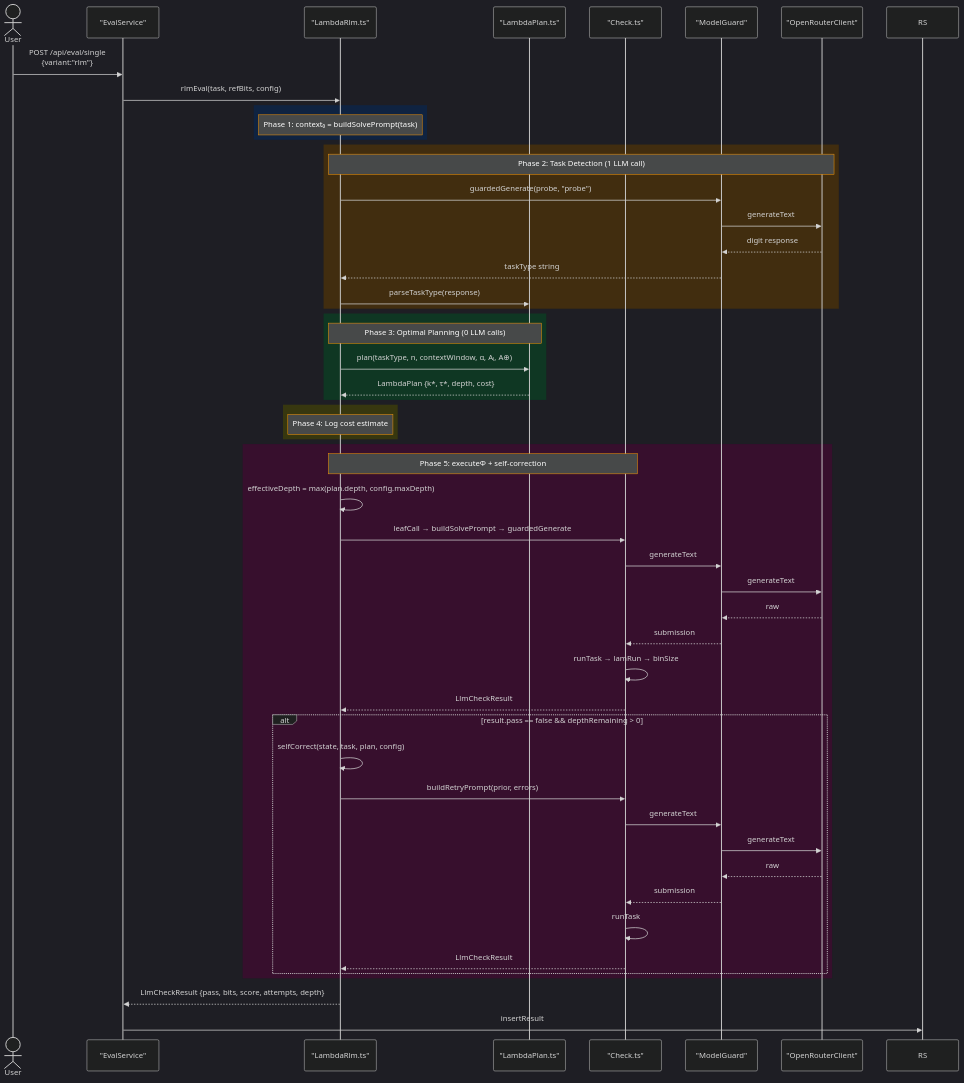
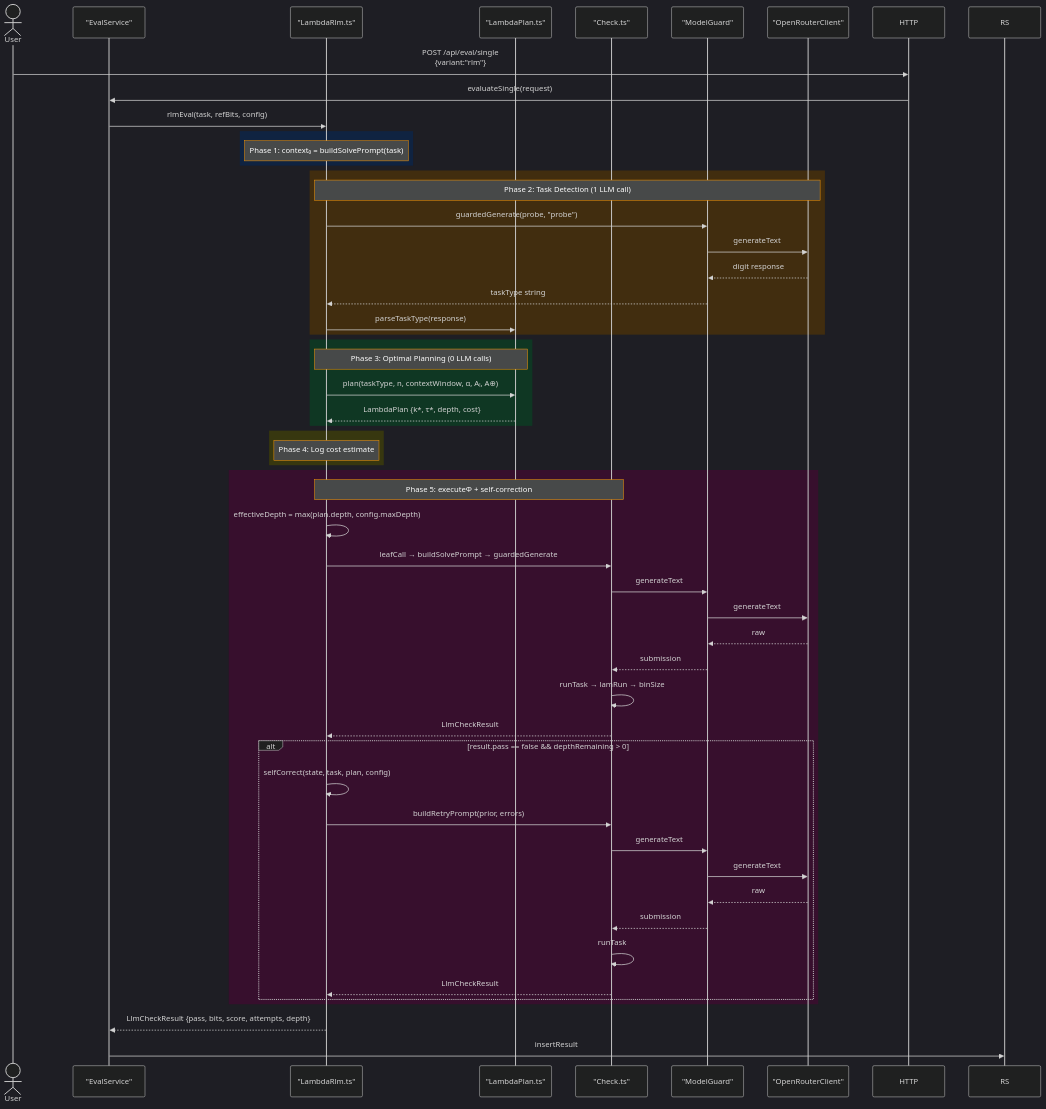
Diagram 11 of 15 in docs/architecture-and-domain.md (lambda-solver/lambdabench-pro), drawn with Mermaid before and after one commit. The commit also changed other lines of this file and 43 other files, not shown here.

First line of the commit message:
feat: Phase 2-3 HTTP API, CLI, MCP, typed client + drift fixes

````diff
--- a/docs/architecture-and-domain.md
+++ b/docs/architecture-and-domain.md
@@ -671,73 +704,74 @@
 ```mermaid
 %%{init: {'theme': 'dark', 'themeVariables': { 
   'background': '#111827',
   'lineColor': '#e5e7eb',
   'primaryTextColor': '#ffffff',
   'secondaryTextColor': '#ffffff',
   'tertiaryTextColor': '#ffffff',
   'primaryBorderColor': '#00f0ff',
   'secondaryBorderColor': '#ff9900',
   'tertiaryBorderColor': '#ff3366',
   'fontSize': '14px'
 }}}%%
 sequenceDiagram
     actor User
     participant ES as "EvalService"
     participant LR as "LambdaRlm.ts"
     participant LP as "LambdaPlan.ts"
     participant CH as "Check.ts"
     participant MG as "ModelGuard"
     participant ORC as "OpenRouterClient"
 
-    User->>ES: POST /api/eval/single<br/>{variant:"rlm"}
+    User->>HTTP: POST /api/eval/single<br/>{variant:"rlm"}
+    HTTP->>ES: evaluateSingle(request)
     ES->>LR: rlmEval(task, refBits, config)
 
     rect rgb(15,35,65)
         Note over LR: Phase 1: context₀ = buildSolvePrompt(task)
     end
 
     rect rgb(65,45,15)
         Note over LR,ORC: Phase 2: Task Detection (1 LLM call)
         LR->>MG: guardedGenerate(probe, "probe")
         MG->>ORC: generateText
         ORC-->>MG: digit response
         MG-->>LR: taskType string
         LR->>LP: parseTaskType(response)
     end
 
     rect rgb(15,55,35)
         Note over LR,LP: Phase 3: Optimal Planning (0 LLM calls)
         LR->>LP: plan(taskType, n, contextWindow, α, Aₗ, A⊕)
         LP-->>LR: LambdaPlan {k*, τ*, depth, cost}
     end
 
     rect rgb(55,55,15)
         Note over LR: Phase 4: Log cost estimate
     end
 
     rect rgb(55,15,45)
         Note over LR,CH: Phase 5: executeΦ + self-correction
         LR->>LR: effectiveDepth = max(plan.depth, config.maxDepth)
         LR->>CH: leafCall → buildSolvePrompt → guardedGenerate
         CH->>MG: generateText
         MG->>ORC: generateText
         ORC-->>MG: raw
         MG-->>CH: submission
         CH->>CH: runTask → lamRun → binSize
         CH-->>LR: LlmCheckResult
 
         alt result.pass == false && depthRemaining > 0
             LR->>LR: selfCorrect(state, task, plan, config)
             LR->>CH: buildRetryPrompt(prior, errors)
             CH->>MG: generateText
             MG->>ORC: generateText
             ORC-->>MG: raw
             MG-->>CH: submission
             CH->>CH: runTask
             CH-->>LR: LlmCheckResult
         end
     end
 
     LR-->>ES: LlmCheckResult {pass, bits, score, attempts, depth}
     ES->>RS: insertResult
 ```
````
